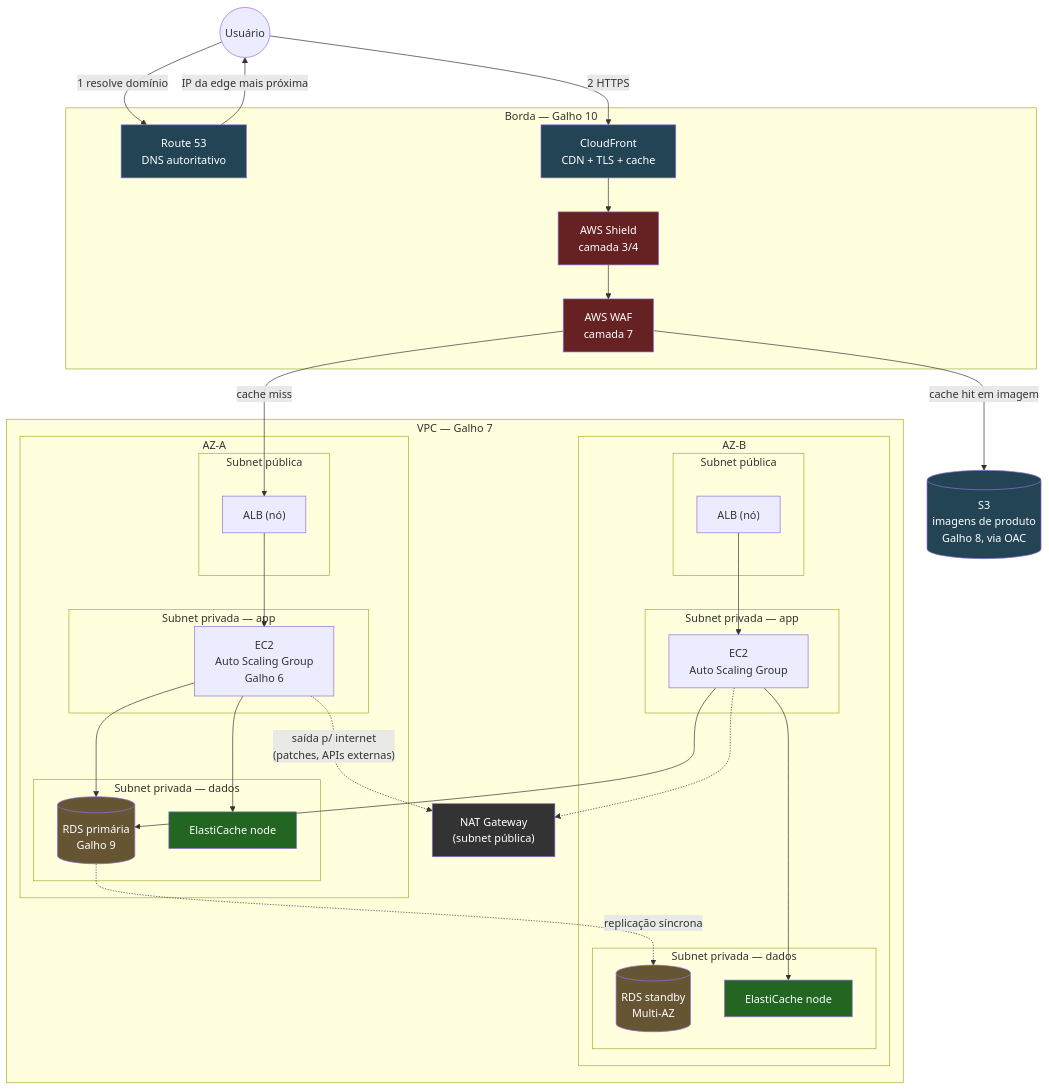
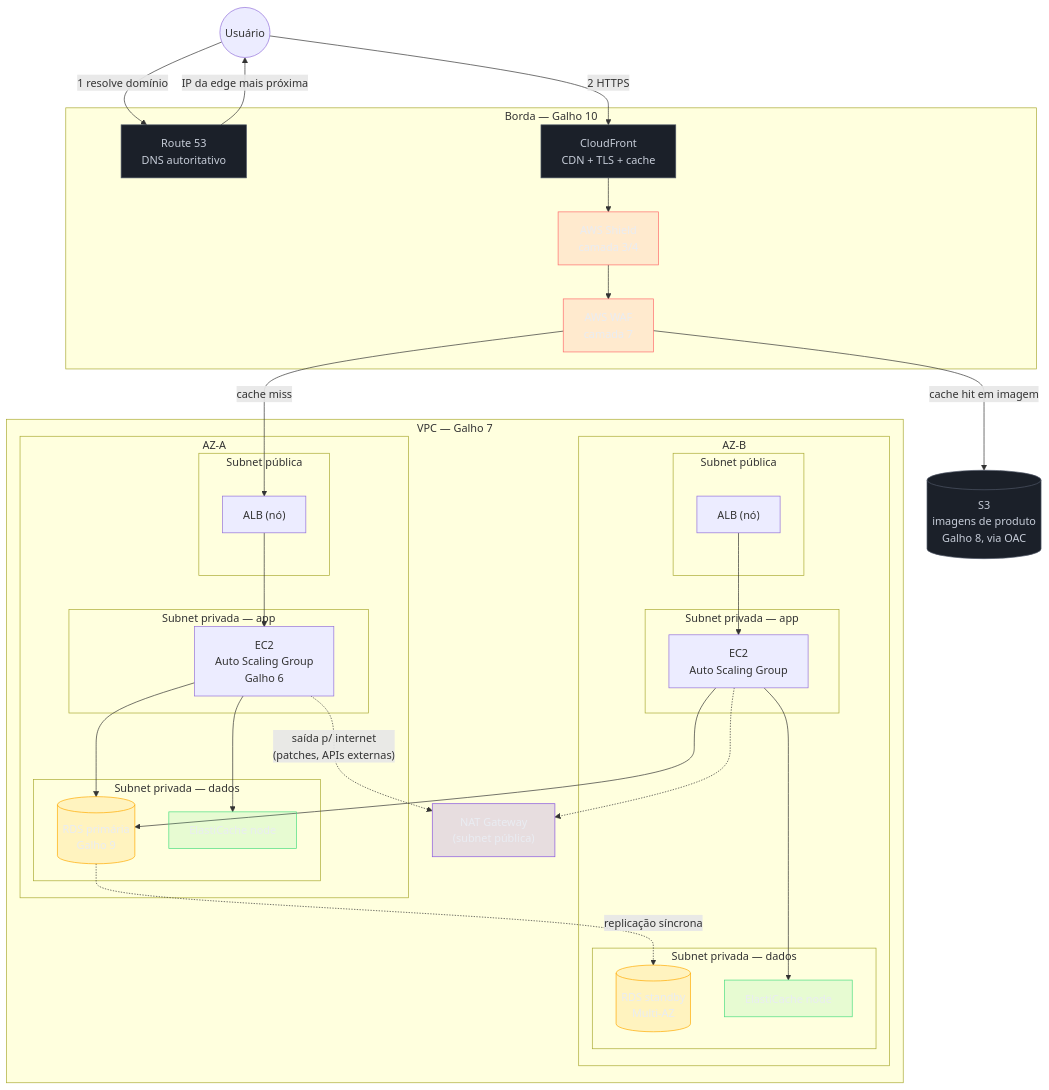
Before and after one commit to josenaldo/codex-technomanticus: the first of 3 diagrams in 03-Dominios/Tecnologia/Cloud/10 - DNS, CDN e borda/06 - Arquitetura ponta a ponta (capstone do Bloco 2).md, drawn with Mermaid. The commit also changed other lines of this file and 1181 other files, not shown here.

First line of the commit message:
fix(diagramas): paleta do sistema no lugar de cor cravada no markdown

````diff
--- a/03-Dominios/Tecnologia/Cloud/10 - DNS, CDN e borda/06 - Arquitetura ponta a ponta (capstone do Bloco 2).md
+++ b/03-Dominios/Tecnologia/Cloud/10 - DNS, CDN e borda/06 - Arquitetura ponta a ponta (capstone do Bloco 2).md
@@ -30,68 +30,73 @@
 ```mermaid
 flowchart TB
+    classDef neutro fill:#1B2029,stroke:#4E5666,color:#C6CCD8
+    classDef falha fill:#FF6B6B24,stroke:#FF6B6B,color:#E9ECF2
+    classDef destaque fill:#FFAA0024,stroke:#FFAA00,color:#E9ECF2
+    classDef ok fill:#4ADE8021,stroke:#4ADE80,color:#E9ECF2
+    classDef marca fill:#8855DF33,stroke:#8855DF,color:#E9ECF2
     User(("Usuário"))
 
     subgraph Borda["Borda — Galho 10"]
         R53["Route 53<br/>DNS autoritativo"]
         CF["CloudFront<br/>CDN + TLS + cache"]
         WAF["AWS WAF<br/>camada 7"]
         Shield["AWS Shield<br/>camada 3/4"]
     end
 
     subgraph VPC["VPC — Galho 7"]
         subgraph AZa["AZ-A"]
             subgraph PubA["Subnet pública"]
                 ALBa["ALB (nó)"]
             end
             subgraph PrivAa["Subnet privada — app"]
                 EC2a["EC2<br/>Auto Scaling Group<br/>Galho 6"]
             end
             subgraph PrivDa["Subnet privada — dados"]
                 RDSPrim[("RDS primária<br/>Galho 9")]
                 Cachea["ElastiCache node"]
             end
         end
         subgraph AZb["AZ-B"]
             subgraph PubB["Subnet pública"]
                 ALBb["ALB (nó)"]
             end
             subgraph PrivAb["Subnet privada — app"]
                 EC2b["EC2<br/>Auto Scaling Group"]
             end
             subgraph PrivDb["Subnet privada — dados"]
                 RDSStandby[("RDS standby<br/>Multi-AZ")]
                 Cacheb["ElastiCache node"]
             end
         end
         NAT["NAT Gateway<br/>(subnet pública)"]
     end
 
     S3[("S3<br/>imagens de produto<br/>Galho 8, via OAC")]
 
     User -->|"1 resolve domínio"| R53
     R53 -->|"IP da edge mais próxima"| User
     User -->|"2 HTTPS"| CF
     CF --> Shield --> WAF
     WAF -->|"cache miss"| ALBa
     WAF -->|"cache hit em imagem"| S3
     ALBa --> EC2a
     ALBb --> EC2b
     EC2a --> RDSPrim
     EC2a --> Cachea
     EC2b --> RDSPrim
     EC2b --> Cacheb
     RDSPrim -.->|"replicação síncrona"| RDSStandby
     EC2a -.->|"saída p/ internet<br/>(patches, APIs externas)"| NAT
     EC2b -.-> NAT
 
-    style CF fill:#245,color:#fff
-    style R53 fill:#245,color:#fff
-    style WAF fill:#622,color:#fff
-    style Shield fill:#622,color:#fff
-    style RDSPrim fill:#653,color:#fff
-    style RDSStandby fill:#653,color:#fff
-    style Cachea fill:#262,color:#fff
-    style Cacheb fill:#262,color:#fff
-    style S3 fill:#245,color:#fff
-    style NAT fill:#333,color:#fff
+    class CF neutro
+    class R53 neutro
+    class WAF falha
+    class Shield falha
+    class RDSPrim destaque
+    class RDSStandby destaque
+    class Cachea ok
+    class Cacheb ok
+    class S3 neutro
+    class NAT marca
 ```
````
